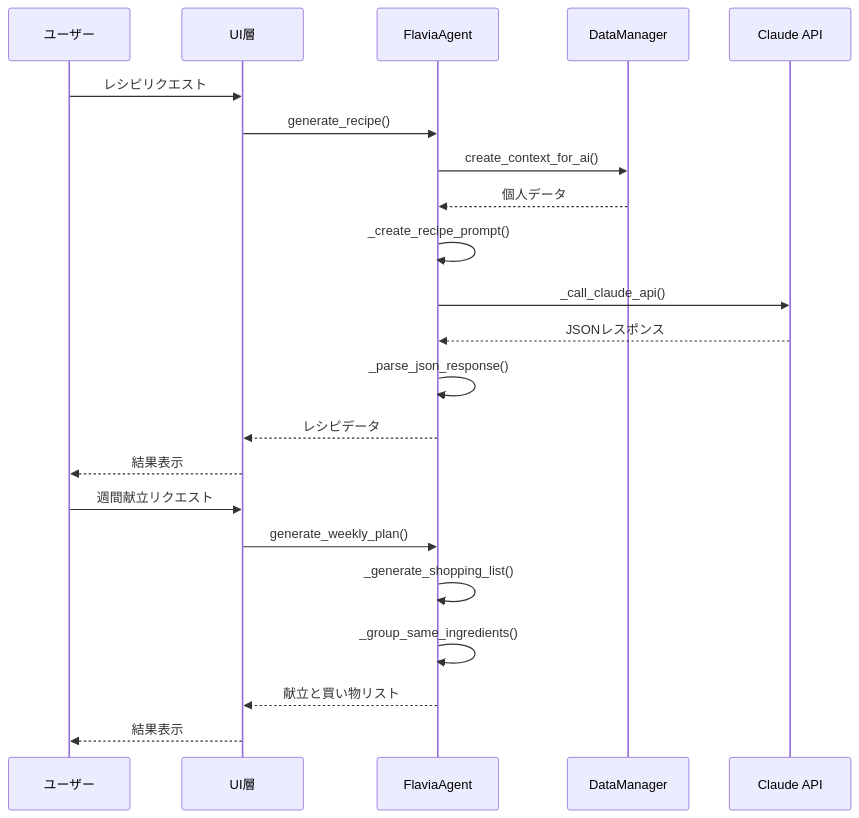
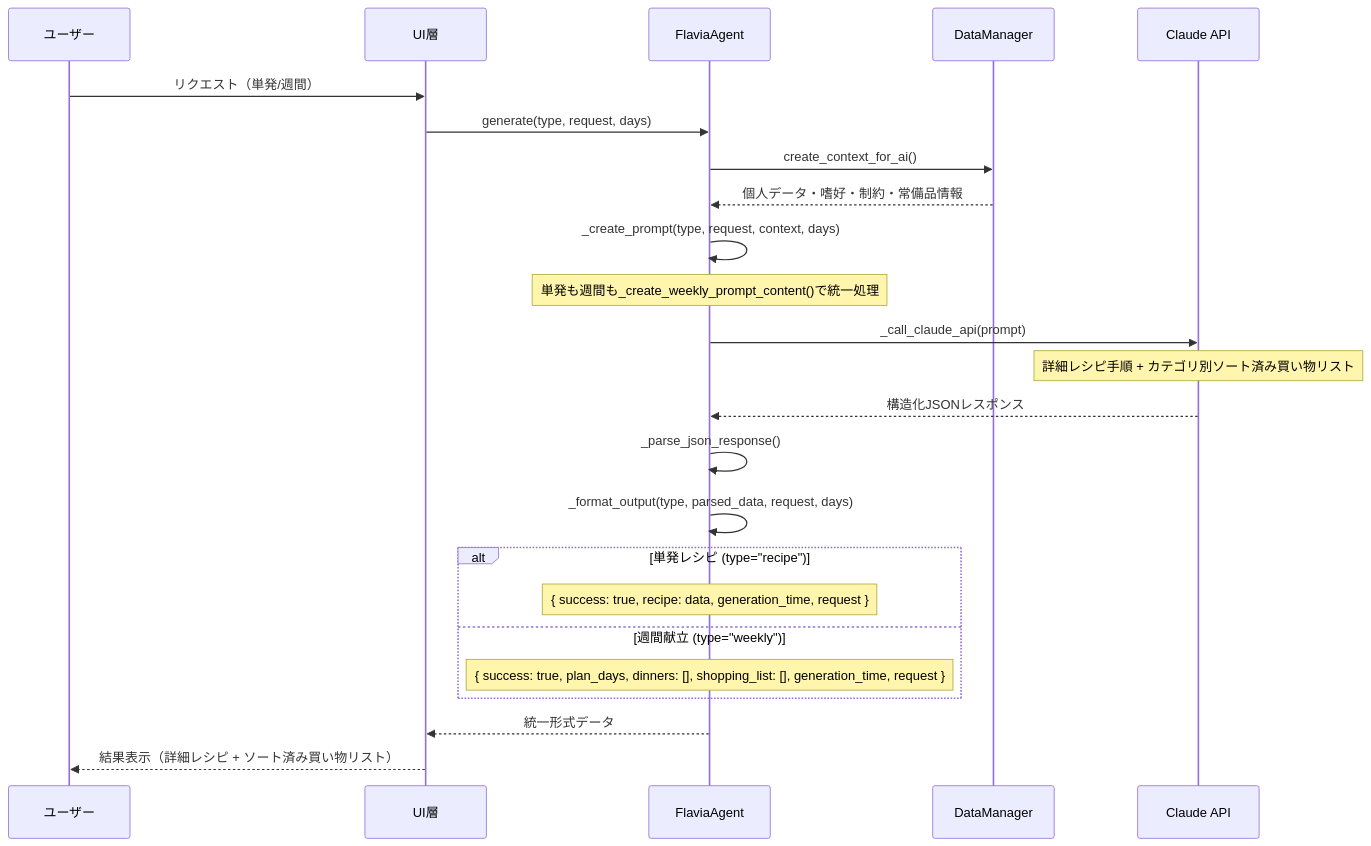
Before and after one commit to Clionegohan/flavia-agent: the second of 4 diagrams in docs/AGENT_FLOW.md, drawn with Mermaid. The commit also changed other lines of this file and 1 other file, not shown here.

````diff
--- a/docs/AGENT_FLOW.md
+++ b/docs/AGENT_FLOW.md
@@ -57,36 +62,36 @@
 ```mermaid
 sequenceDiagram
     participant User as ユーザー
     participant UI as UI層
     participant Agent as FlaviaAgent
     participant Data as DataManager
     participant AI as Claude API
     
-    %% レシピ生成リクエスト
-    User->>UI: レシピリクエスト
-    UI->>Agent: generate_recipe()
+    %% 統一リクエスト処理
+    User->>UI: リクエスト（単発/週間）
+    UI->>Agent: generate(type, request, days)
     
-    %% コンテキスト生成
+    %% 統一処理パイプライン
     Agent->>Data: create_context_for_ai()
-    Data-->>Agent: 個人データ
+    Data-->>Agent: 個人データ・嗜好・制約・常備品情報
     
-    %% プロンプト生成とAI呼び出し
-    Agent->>Agent: _create_recipe_prompt()
-    Agent->>AI: _call_claude_api()
-    AI-->>Agent: JSONレスポンス
+    Agent->>Agent: _create_prompt(type, request, context, days)
+    Note over Agent: 単発も週間も_create_weekly_prompt_content()で統一処理
     
-    %% レスポンス処理
+    Agent->>AI: _call_claude_api(prompt)
+    Note over AI: 詳細レシピ手順 + カテゴリ別ソート済み買い物リスト
+    AI-->>Agent: 構造化JSONレスポンス
+    
     Agent->>Agent: _parse_json_response()
-    Agent-->>UI: レシピデータ
-    UI-->>User: 結果表示
+    Agent->>Agent: _format_output(type, parsed_data, request, days)
     
-    %% 週間献立の場合
-    User->>UI: 週間献立リクエスト
-    UI->>Agent: generate_weekly_plan()
+    %% 出力形式の統一化
+    alt 単発レシピ (type="recipe")
+        Note over Agent: { success: true, recipe: data, generation_time, request }
+    else 週間献立 (type="weekly")  
+        Note over Agent: { success: true, plan_days, dinners: [], shopping_list: [], generation_time, request }
+    end
     
-    %% 買い物リスト生成
-    Agent->>Agent: _generate_shopping_list()
-    Agent->>Agent: _group_same_ingredients()
-    Agent-->>UI: 献立と買い物リスト
-    UI-->>User: 結果表示
+    Agent-->>UI: 統一形式データ
+    UI-->>User: 結果表示（詳細レシピ + ソート済み買い物リスト）
 ```
````
